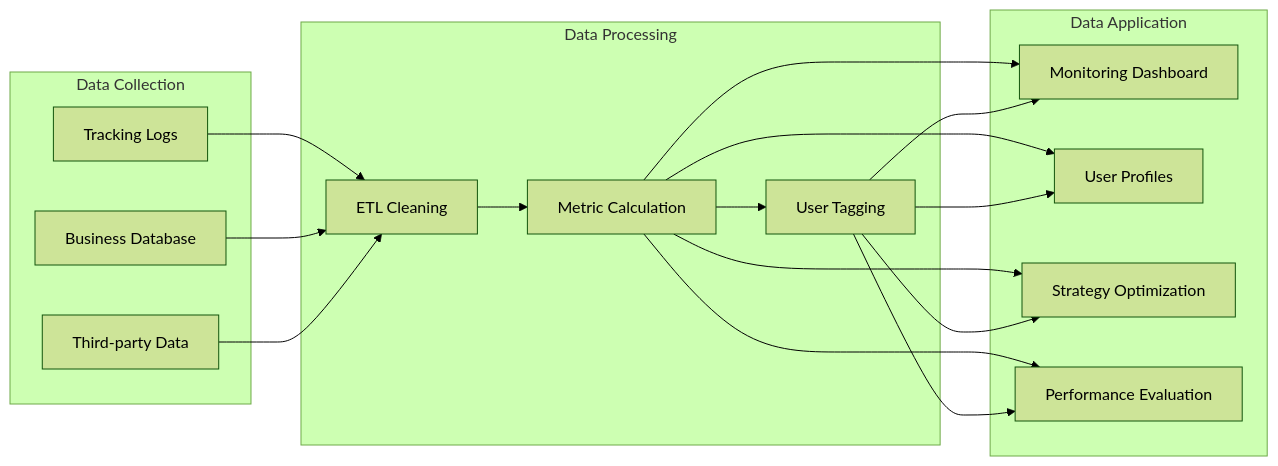
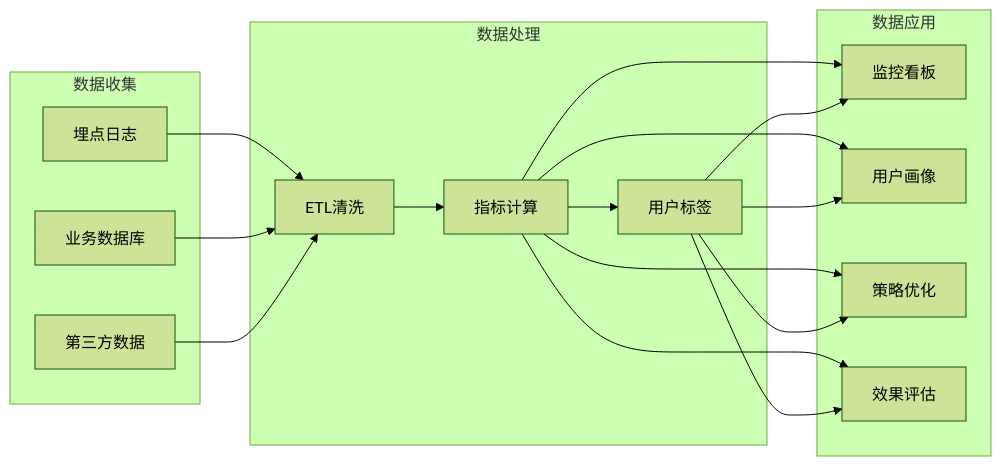
One commit to Kirky-X/cangjie changed the seventh of 9 diagrams in templates/Product/Operations/Template-Operations-Manual.md. Above: the diagram before and after it, drawn with Mermaid (forest theme). The commit also changed other lines of this file and 33 other files, not shown here.

````diff
--- a/templates/Product/Operations/Template-Operations-Manual.md
+++ b/templates/Product/Operations/Template-Operations-Manual.md
@@ -340,34 +340,34 @@
 ```mermaid
 flowchart LR
-    subgraph Data Collection
-        D1[Tracking Logs]
-        D2[Business Database]
-        D3[Third-party Data]
+    subgraph 数据收集
+        D1[埋点日志]
+        D2[业务数据库]
+        D3[第三方数据]
     end
 
-    subgraph Data Processing
-        E1[ETL Cleaning]
-        E2[Metric Calculation]
-        E3[User Tagging]
+    subgraph 数据处理
+        E1[ETL清洗]
+        E2[指标计算]
+        E3[用户标签]
     end
 
-    subgraph Data Application
-        F1[Monitoring Dashboard]
-        F2[User Profiles]
-        F3[Strategy Optimization]
-        F4[Performance Evaluation]
+    subgraph 数据应用
+        F1[监控看板]
+        F2[用户画像]
+        F3[策略优化]
+        F4[效果评估]
     end
 
     D1 --> E1
     D2 --> E1
     D3 --> E1
     E1 --> E2 --> E3
     E2 --> F1
     E2 --> F2
     E2 --> F3
     E2 --> F4
     E3 --> F1
     E3 --> F2
     E3 --> F3
     E3 --> F4
 ```
````
